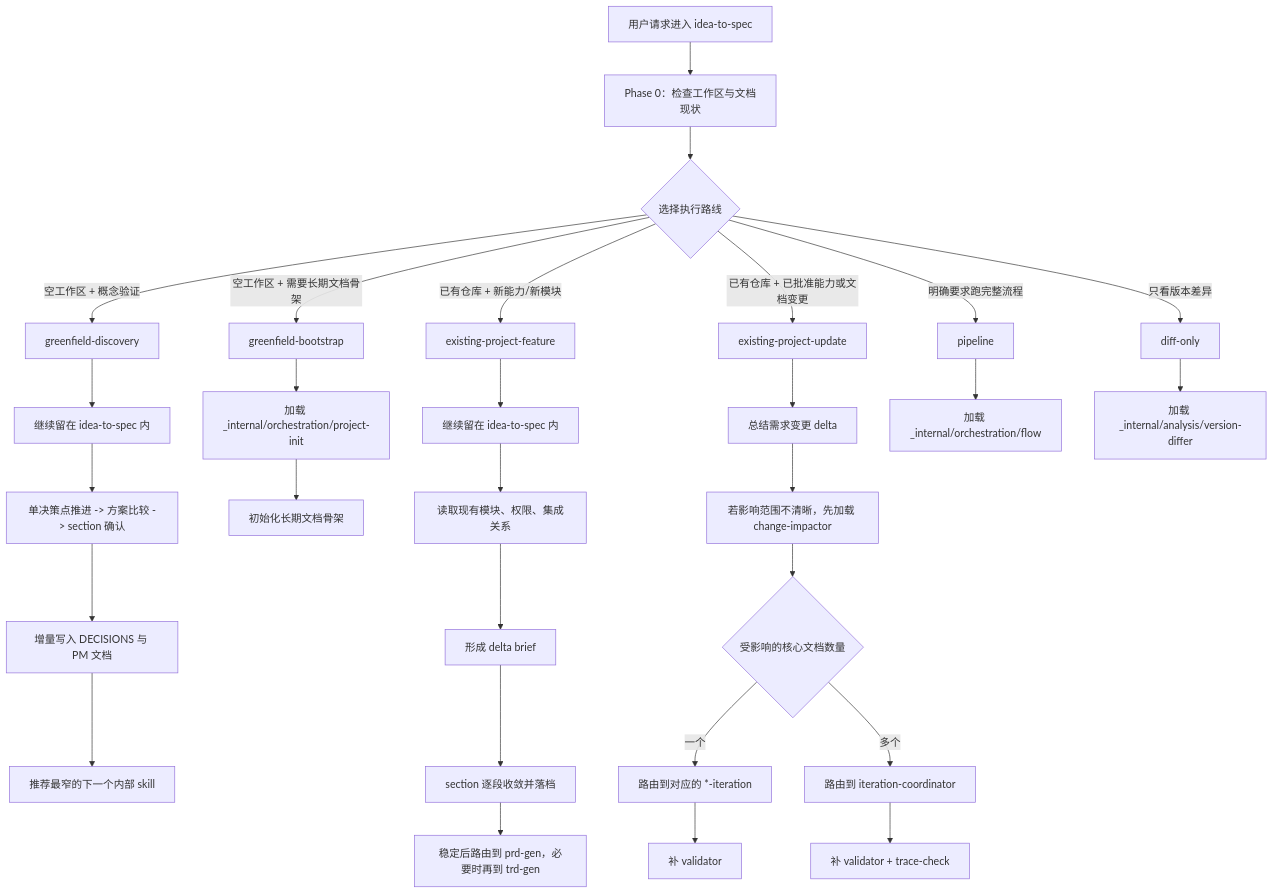
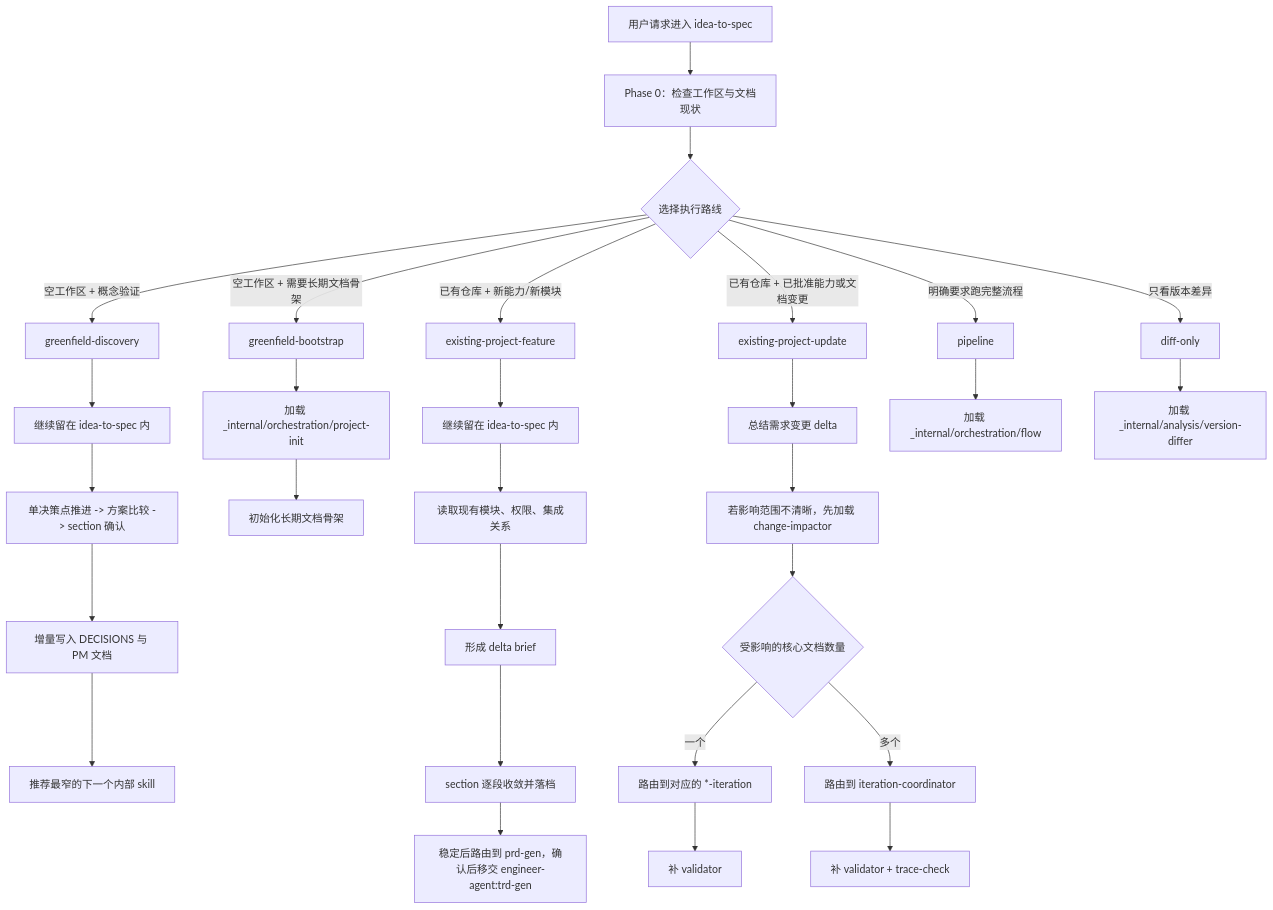
Before and after one commit to Neplich/dev-agent-skills: the diagram in agents/product_manager/skills/idea-to-spec/README.md, drawn with Mermaid. The commit also changed 63 other files, not shown here.

First line of the commit message:
feat: 迁移 TRD 生成到 Engineer Agent

````diff
--- a/agents/product_manager/skills/idea-to-spec/README.md
+++ b/agents/product_manager/skills/idea-to-spec/README.md
@@ -30,37 +30,37 @@
 ```mermaid
 flowchart TD
   A["用户请求进入 idea-to-spec"] --> B["Phase 0：检查工作区与文档现状"]
   B --> C{"选择执行路线"}
 
   C -->|空工作区 + 概念验证| D["greenfield-discovery"]
   C -->|空工作区 + 需要长期文档骨架| E["greenfield-bootstrap"]
   C -->|已有仓库 + 新能力/新模块| F["existing-project-feature"]
   C -->|已有仓库 + 已批准能力或文档变更| G["existing-project-update"]
   C -->|明确要求跑完整流程| H["pipeline"]
   C -->|只看版本差异| I["diff-only"]
 
   D --> D1["继续留在 idea-to-spec 内"]
   D1 --> D2["单决策点推进 -> 方案比较 -> section 确认"]
   D2 --> D3["增量写入 DECISIONS 与 PM 文档"]
   D3 --> D4["推荐最窄的下一个内部 skill"]
 
   E --> E1["加载 _internal/orchestration/project-init"]
   E1 --> E2["初始化长期文档骨架"]
 
   F --> F1["继续留在 idea-to-spec 内"]
   F1 --> F2["读取现有模块、权限、集成关系"]
   F2 --> F3["形成 delta brief"]
   F3 --> F4["section 逐段收敛并落档"]
-  F4 --> F5["稳定后路由到 prd-gen，必要时再到 trd-gen"]
+  F4 --> F5["稳定后路由到 prd-gen，确认后移交 engineer-agent:trd-gen"]
 
   G --> G1["总结需求变更 delta"]
   G1 --> G2["若影响范围不清晰，先加载 change-impactor"]
   G2 --> G3{"受影响的核心文档数量"}
   G3 -->|一个| G4["路由到对应的 *-iteration"]
   G3 -->|多个| G5["路由到 iteration-coordinator"]
   G4 --> G6["补 validator"]
   G5 --> G7["补 validator + trace-check"]
 
   H --> H1["加载 _internal/orchestration/flow"]
   I --> I1["加载 _internal/analysis/version-differ"]
 ```
````
